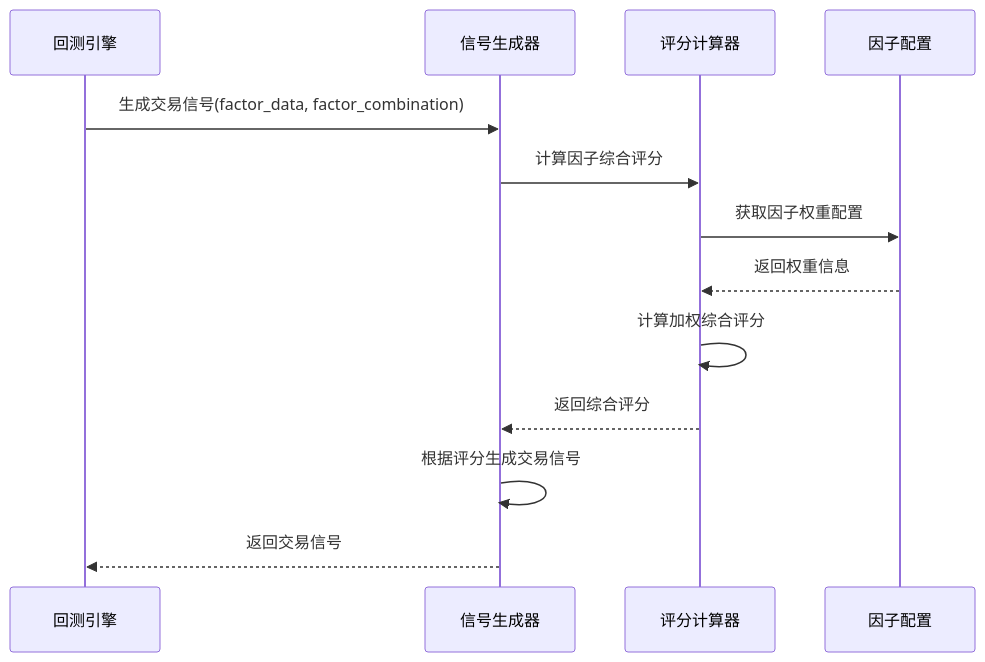
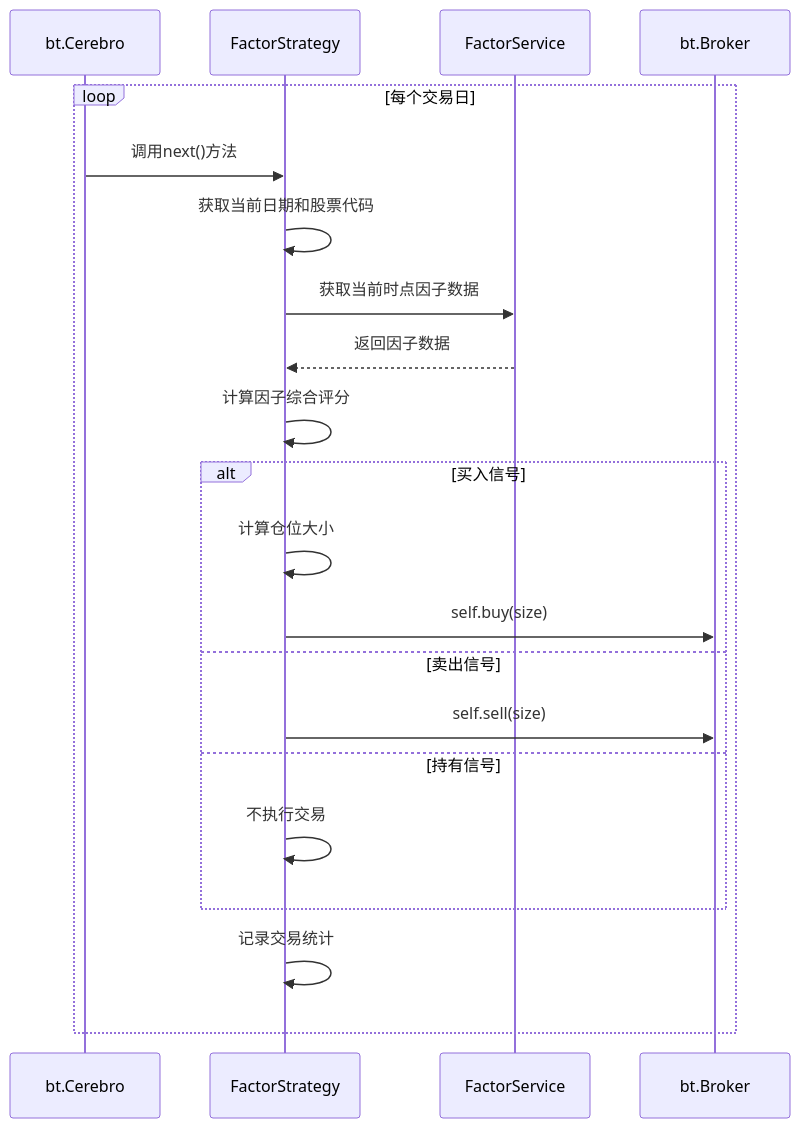
The third of 7 diagrams in docs/iteration-3-prediction-model/tasks_backtest_engine.md (Casper-Mars/qtrade), drawn with Mermaid before and after one commit. The commit also changed other lines of this file, not shown here.

First line of the commit message:
docs(回测引擎): 更新任务拆分文档以反映Backtrader集成

````diff
--- a/docs/iteration-3-prediction-model/tasks_backtest_engine.md
+++ b/docs/iteration-3-prediction-model/tasks_backtest_engine.md
@@ -89,16 +91,26 @@
     ```mermaid
     sequenceDiagram
-        participant Engine as 回测引擎
-        participant Generator as 信号生成器
-        participant Scorer as 评分计算器
-        participant Config as 因子配置
+        participant Cerebro as bt.Cerebro
+        participant Strategy as FactorStrategy
+        participant FS as FactorService
+        participant Broker as bt.Broker
         
-        Engine->>Generator: 生成交易信号(factor_data, factor_combination)
-        Generator->>Scorer: 计算因子综合评分
-        Scorer->>Config: 获取因子权重配置
-        Config-->>Scorer: 返回权重信息
-        Scorer->>Scorer: 计算加权综合评分
-        Scorer-->>Generator: 返回综合评分
-        Generator->>Generator: 根据评分生成交易信号
-        Generator-->>Engine: 返回交易信号
+        loop 每个交易日
+            Cerebro->>Strategy: 调用next()方法
+            Strategy->>Strategy: 获取当前日期和股票代码
+            Strategy->>FS: 获取当前时点因子数据
+            FS-->>Strategy: 返回因子数据
+            Strategy->>Strategy: 计算因子综合评分
+            
+            alt 买入信号
+                Strategy->>Strategy: 计算仓位大小
+                Strategy->>Broker: self.buy(size)
+            else 卖出信号
+                Strategy->>Broker: self.sell(size)
+            else 持有信号
+                Strategy->>Strategy: 不执行交易
+            end
+            
+            Strategy->>Strategy: 记录交易统计
+        end
     ```
````
